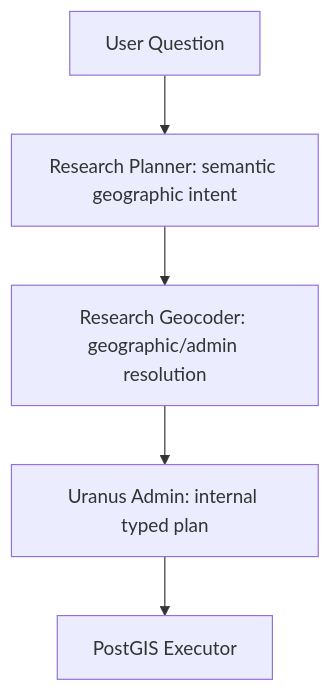
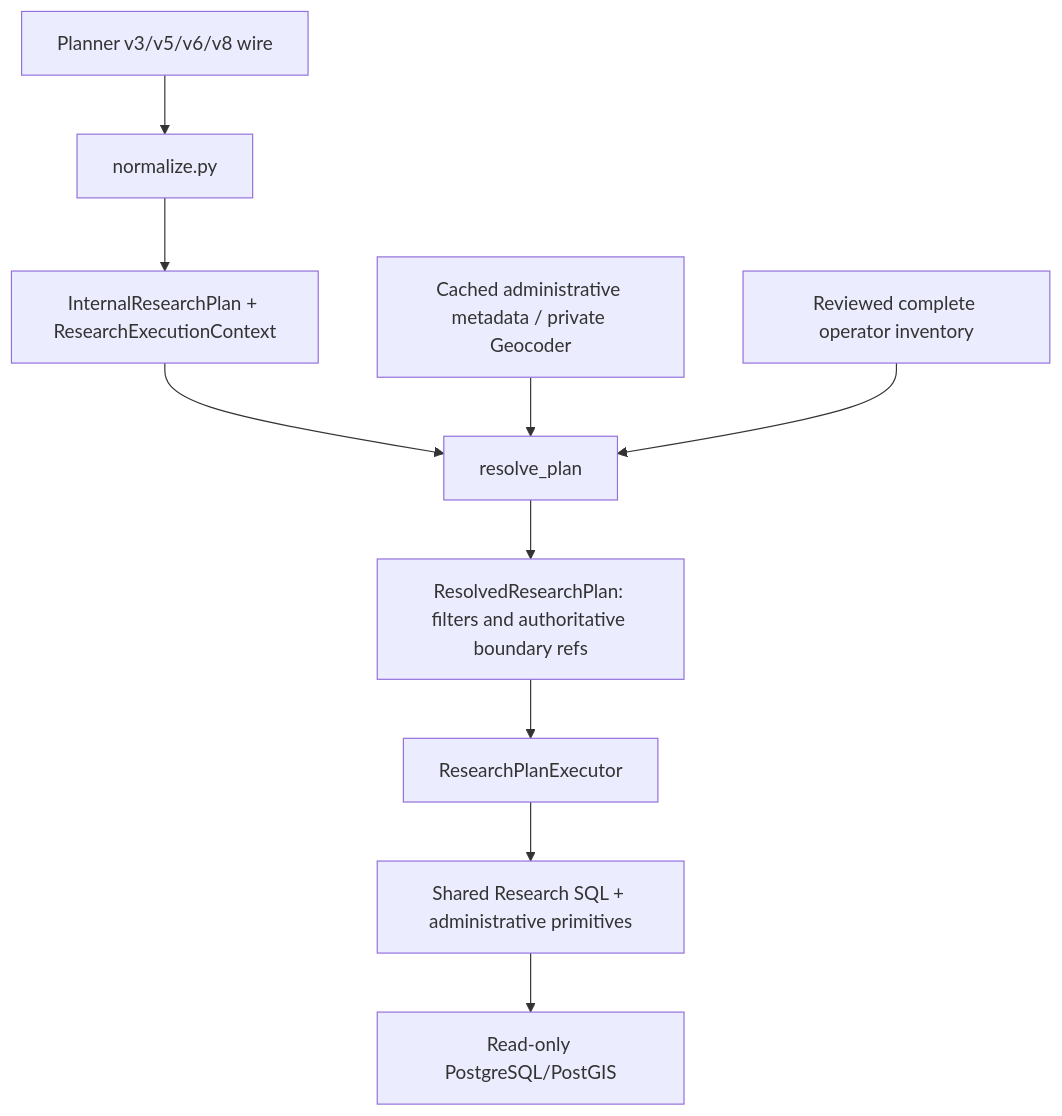
One commit to sndcds/uranus-admin changed the diagram in docs/research/administrative-execution.md. Above: the diagram before and after it, drawn with Mermaid. The commit also changed other lines of this file and 30 other files, not shown here.

Commit message:
fix(research): consolidate administrative execution on shared plans

````diff
--- a/docs/research/administrative-execution.md
+++ b/docs/research/administrative-execution.md
@@ -5,7 +5,12 @@
 ```mermaid
 flowchart TD
-    U[User Question] --> P[Research Planner: semantic geographic intent]
-    P --> G[Research Geocoder: geographic/admin resolution]
-    G --> A[Uranus Admin: internal typed plan]
-    A --> E[PostGIS Executor]
+    W[Planner v3/v5/v6/v8 wire] --> N[normalize.py]
+    N --> P[InternalResearchPlan + ResearchExecutionContext]
+    P --> R[resolve_plan]
+    M[Cached administrative metadata / private Geocoder] --> R
+    C[Reviewed complete operator inventory] --> R
+    R --> S[ResolvedResearchPlan: filters and authoritative boundary refs]
+    S --> E[ResearchPlanExecutor]
+    E --> SQL[Shared Research SQL + administrative primitives]
+    SQL --> DB[Read-only PostgreSQL/PostGIS]
 ```
````
